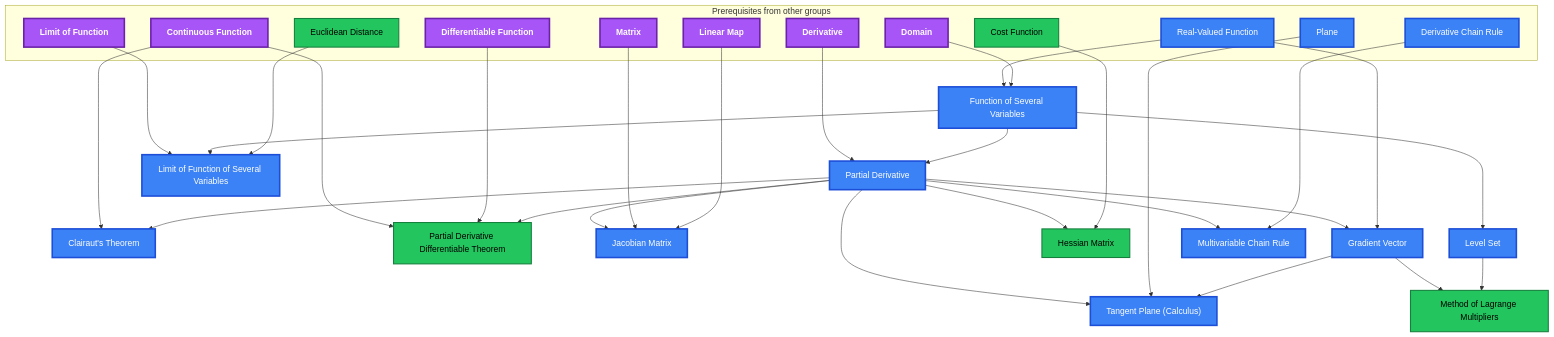
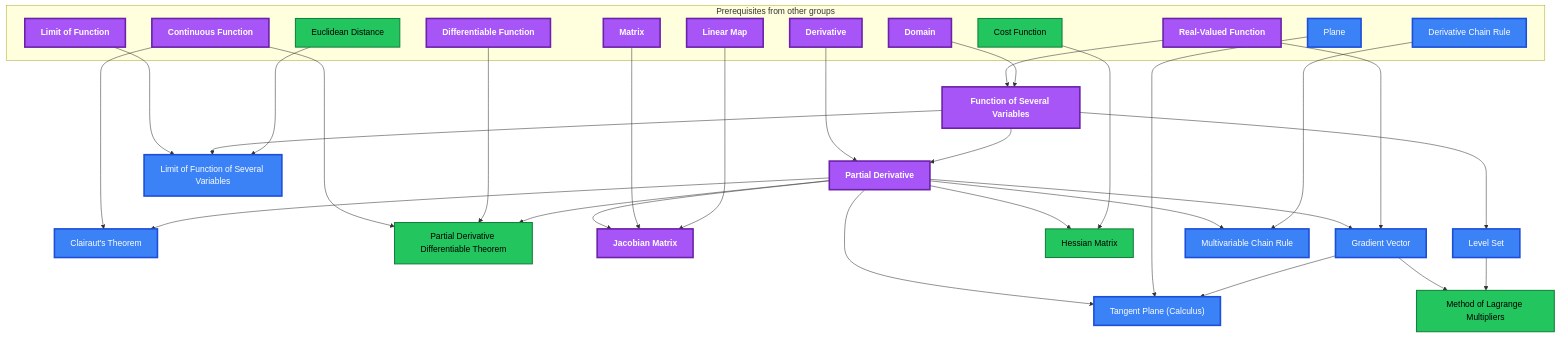
Before and after one commit to MRauf1/My-Notes: the tenth of 13 diagrams in Gamification/Skill Trees/Calculus.md, drawn with Mermaid. The commit also changed other lines of this file and 73 other files, not shown here.

````diff
--- a/Gamification/Skill Trees/Calculus.md
+++ b/Gamification/Skill Trees/Calculus.md
@@ -823,69 +823,69 @@
 ```mermaid
 flowchart TD
     classDef planned fill:#1E293B,stroke:#64748B,stroke-width:2px,stroke-dasharray:5 5,color:#94A3B8;
     classDef locked fill:#334155,stroke:#475569,stroke-width:2px,color:#94A3B8;
     classDef L0 fill:#F1F5F9,stroke:#94A3B8,stroke-width:2px,color:#000000;
     classDef L1 fill:#22C55E,stroke:#15803D,stroke-width:2px,color:#000000;
     classDef L2 fill:#3B82F6,stroke:#1D4ED8,stroke-width:3px,color:#FFFFFF;
     classDef L3 fill:#A855F7,stroke:#6B21A8,stroke-width:3px,color:#FFFFFF,font-weight:bold;
     classDef L4 fill:#F97316,stroke:#C2410C,stroke-width:4px,color:#000000,font-weight:bold;
     classDef L5 fill:#FFD700,stroke:#FF8C00,stroke-width:5px,color:#000000,font-weight:bold;
     classDef rusty stroke:#8B4513,stroke-width:4px,stroke-dasharray:3 3;
     subgraph sg_prereqs["Prerequisites from other groups"]
         n_derivative["Derivative"]
         n_continuous_function["Continuous Function"]
         n_differentiable_function["Differentiable Function"]
         n_matrix["Matrix"]
         n_linear_map["Linear Map"]
         n_real_valued_function["Real-Valued Function"]
         n_cost_function["Cost Function"]
         n_domain["Domain"]
         n_limit_of_function["Limit of Function"]
         n_euclidean_distance["Euclidean Distance"]
         n_derivative_chain_rule["Derivative Chain Rule"]
         n_plane["Plane"]
     end
     n_partial_derivative["Partial Derivative"]
     n_clairaut_s_theorem["Clairaut's Theorem"]
     n_partial_derivative_differentiable_theorem["Partial Derivative Differentiable Theorem"]
     n_jacobian_matrix["Jacobian Matrix"]
     n_gradient_vector["Gradient Vector"]
     n_hessian_matrix["Hessian Matrix"]
     n_function_of_several_variables["Function of Several Variables"]
     n_level_set["Level Set"]
     n_limit_of_function_of_several_variables["Limit of Function of Several Variables"]
     n_multivariable_chain_rule["Multivariable Chain Rule"]
     n_tangent_plane_calculus["Tangent Plane (Calculus)"]
     n_method_of_lagrange_multipliers["Method of Lagrange Multipliers"]
     n_derivative --> n_partial_derivative
     n_continuous_function --> n_clairaut_s_theorem
     n_partial_derivative --> n_clairaut_s_theorem
     n_continuous_function --> n_partial_derivative_differentiable_theorem
     n_differentiable_function --> n_partial_derivative_differentiable_theorem
     n_partial_derivative --> n_partial_derivative_differentiable_theorem
     n_partial_derivative --> n_jacobian_matrix
     n_matrix --> n_jacobian_matrix
     n_linear_map --> n_jacobian_matrix
     n_partial_derivative --> n_gradient_vector
     n_real_valued_function --> n_gradient_vector
     n_partial_derivative --> n_hessian_matrix
     n_cost_function --> n_hessian_matrix
     n_real_valued_function --> n_function_of_several_variables
     n_domain --> n_function_of_several_variables
     n_function_of_several_variables --> n_level_set
     n_limit_of_function --> n_limit_of_function_of_several_variables
     n_function_of_several_variables --> n_limit_of_function_of_several_variables
     n_euclidean_distance --> n_limit_of_function_of_several_variables
     n_partial_derivative --> n_multivariable_chain_rule
     n_derivative_chain_rule --> n_multivariable_chain_rule
     n_partial_derivative --> n_tangent_plane_calculus
     n_plane --> n_tangent_plane_calculus
     n_gradient_vector --> n_tangent_plane_calculus
     n_gradient_vector --> n_method_of_lagrange_multipliers
     n_level_set --> n_method_of_lagrange_multipliers
     n_function_of_several_variables --> n_partial_derivative
     class n_cost_function,n_euclidean_distance,n_partial_derivative_differentiable_theorem,n_hessian_matrix,n_method_of_lagrange_multipliers L1;
-    class n_real_valued_function,n_derivative_chain_rule,n_plane,n_partial_derivative,n_clairaut_s_theorem,n_jacobian_matrix,n_gradient_vector,n_function_of_several_variables,n_level_set,n_limit_of_function_of_several_variables,n_multivariable_chain_rule,n_tangent_plane_calculus L2;
-    class n_derivative,n_continuous_function,n_differentiable_function,n_matrix,n_linear_map,n_domain,n_limit_of_function L3;
+    class n_derivative_chain_rule,n_plane,n_clairaut_s_theorem,n_gradient_vector,n_level_set,n_limit_of_function_of_several_variables,n_multivariable_chain_rule,n_tangent_plane_calculus L2;
+    class n_derivative,n_continuous_function,n_differentiable_function,n_matrix,n_linear_map,n_real_valued_function,n_domain,n_limit_of_function,n_partial_derivative,n_jacobian_matrix,n_function_of_several_variables L3;
     class n_derivative,n_continuous_function,n_differentiable_function,n_matrix,n_linear_map,n_real_valued_function,n_cost_function,n_domain,n_limit_of_function,n_euclidean_distance,n_derivative_chain_rule,n_plane,n_partial_derivative,n_clairaut_s_theorem,n_partial_derivative_differentiable_theorem,n_jacobian_matrix,n_gradient_vector,n_hessian_matrix,n_function_of_several_variables,n_level_set,n_limit_of_function_of_several_variables,n_multivariable_chain_rule,n_tangent_plane_calculus,n_method_of_lagrange_multipliers internal-link;
 ```
````
